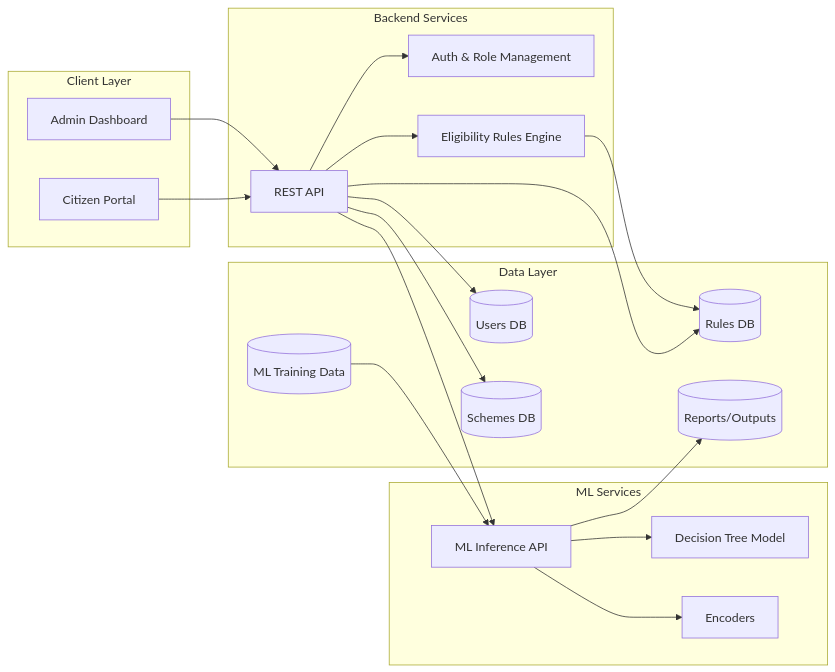
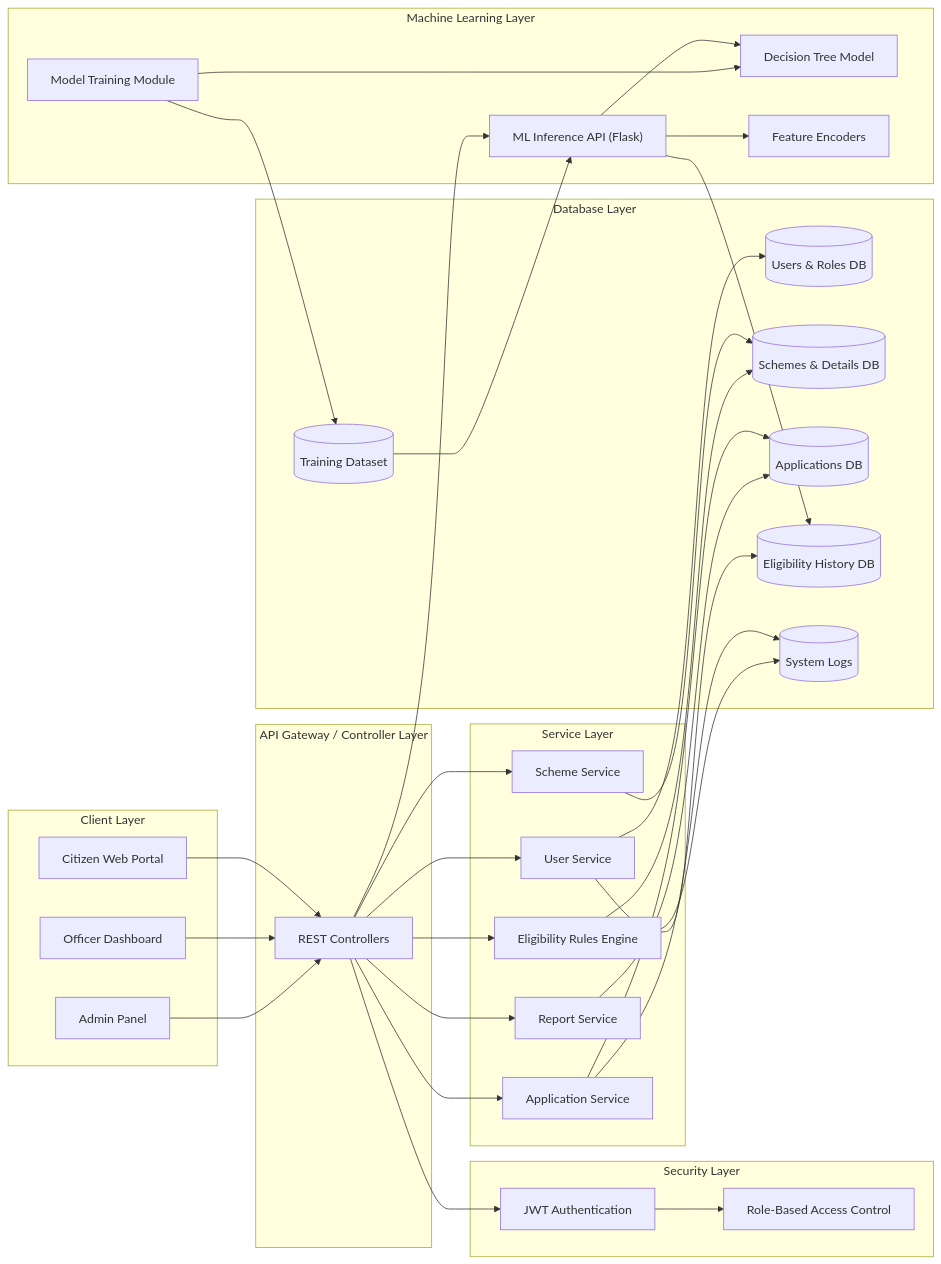
One commit to Karthi247/Government-Welfare-Advisory-System changed the diagram in documentation/Architecture_Diagram.mmd. Above: the diagram before and after it, drawn with Mermaid. The commit also changed 16 other files, not shown here.

```diff
--- a/documentation/Architecture_Diagram.mmd
+++ b/documentation/Architecture_Diagram.mmd
@@ -1,44 +1,81 @@
-%% Government Welfare Advisory System - Architecture Diagram
 flowchart LR
-  subgraph Client[Client Layer]
-    Citizen[Citizen Portal]
-    Admin[Admin Dashboard]
-  end
 
-  subgraph Backend[Backend Services]
-    API[REST API]
-    Auth[Auth & Role Management]
-    Rules[Eligibility Rules Engine]
-  end
+%% ================= CLIENT LAYER =================
+subgraph Client_Layer["Client Layer"]
+    Citizen["Citizen Web Portal"]
+    Officer["Officer Dashboard"]
+    Admin["Admin Panel"]
+end
 
-  subgraph ML[ML Services]
-    MLAPI[ML Inference API]
-    Model[Decision Tree Model]
-    Encoders[Encoders]
-  end
+%% ================= SECURITY LAYER =================
+subgraph Security_Layer["Security Layer"]
+    JWT["JWT Authentication"]
+    RBAC["Role-Based Access Control"]
+end
 
-  subgraph Data[Data Layer]
-    Users[(Users DB)]
-    Schemes[(Schemes DB)]
-    RulesDB[(Rules DB)]
-    Training[(ML Training Data)]
-    Reports[(Reports/Outputs)]
-  end
+%% ================= API GATEWAY =================
+subgraph API_Layer["API Gateway / Controller Layer"]
+    API["REST Controllers"]
+end
 
-  Citizen --> API
-  Admin --> API
+%% ================= BUSINESS LOGIC =================
+subgraph Service_Layer["Service Layer"]
+    UserService["User Service"]
+    SchemeService["Scheme Service"]
+    ApplicationService["Application Service"]
+    EligibilityEngine["Eligibility Rules Engine"]
+    ReportService["Report Service"]
+end
 
-  API --> Auth
-  API --> Rules
-  API --> MLAPI
+%% ================= ML MODULE =================
+subgraph ML_Layer["Machine Learning Layer"]
+    ML_API["ML Inference API (Flask)"]
+    Model["Decision Tree Model"]
+    Encoders["Feature Encoders"]
+    Training["Model Training Module"]
+end
 
-  MLAPI --> Model
-  MLAPI --> Encoders
+%% ================= DATABASE LAYER =================
+subgraph Data_Layer["Database Layer"]
+    UserDB[(Users & Roles DB)]
+    SchemeDB[(Schemes & Details DB)]
+    AppDB[(Applications DB)]
+    HistoryDB[(Eligibility History DB)]
+    MLData[(Training Dataset)]
+    Logs[(System Logs)]
+end
 
-  API --> Users
-  API --> Schemes
-  API --> RulesDB
-  Rules --> RulesDB
+%% ================= FLOW =================
 
-  MLAPI --> Reports
-  Training --> MLAPI
+Citizen --> API
+Officer --> API
+Admin --> API
+
+API --> JWT
+JWT --> RBAC
+
+API --> UserService
+API --> SchemeService
+API --> ApplicationService
+API --> EligibilityEngine
+API --> ReportService
+API --> ML_API
+
+UserService --> UserDB
+SchemeService --> SchemeDB
+ApplicationService --> AppDB
+EligibilityEngine --> HistoryDB
+ReportService --> AppDB
+
+EligibilityEngine --> SchemeDB
+
+ML_API --> Model
+ML_API --> Encoders
+ML_API --> HistoryDB
+
+Training --> MLData
+Training --> Model
+MLData --> ML_API
+
+ApplicationService --> Logs
+UserService --> Logs
```
